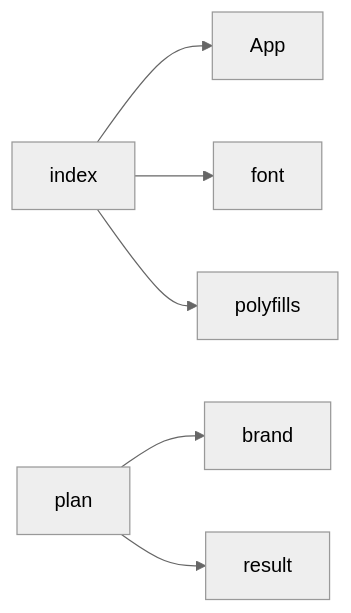
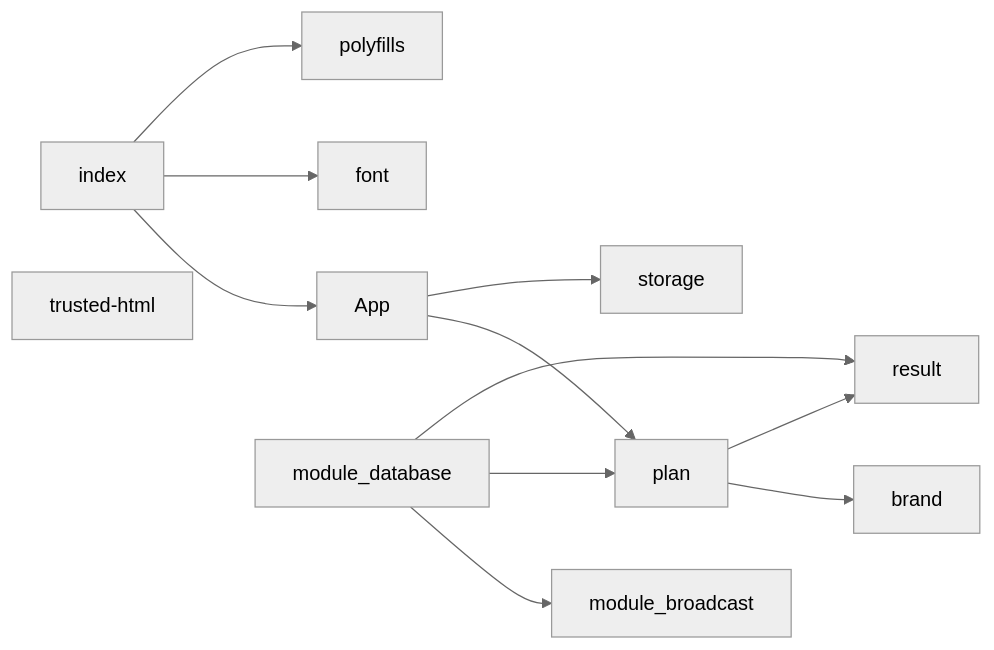
The diagram in docs/MODULES.md (SantaClaas/week-budget-planner), drawn with Mermaid (neutral theme) before and after one commit. The commit also changed 5 other files, not shown here.

First line of the commit message:
Return Results from the plan file and the database import, and keep the App's promises handled

````diff
--- a/docs/MODULES.md
+++ b/docs/MODULES.md
@@ -9,15 +9,22 @@
 ```mermaid
 flowchart LR
   module_App["App"]
   module_brand["brand"]
   module_font["font"]
   module_index["index"]
   module_plan["plan"]
   module_polyfills["polyfills"]
   module_result["result"]
+  module_storage["storage"]
+  module_trusted_html["trusted-html"]
+  module_App --> module_plan
+  module_App --> module_storage
+  module_database --> module_broadcast
+  module_database --> module_plan
+  module_database --> module_result
   module_index --> module_App
   module_index --> module_font
   module_index --> module_polyfills
   module_plan --> module_brand
   module_plan --> module_result
 ```
````
